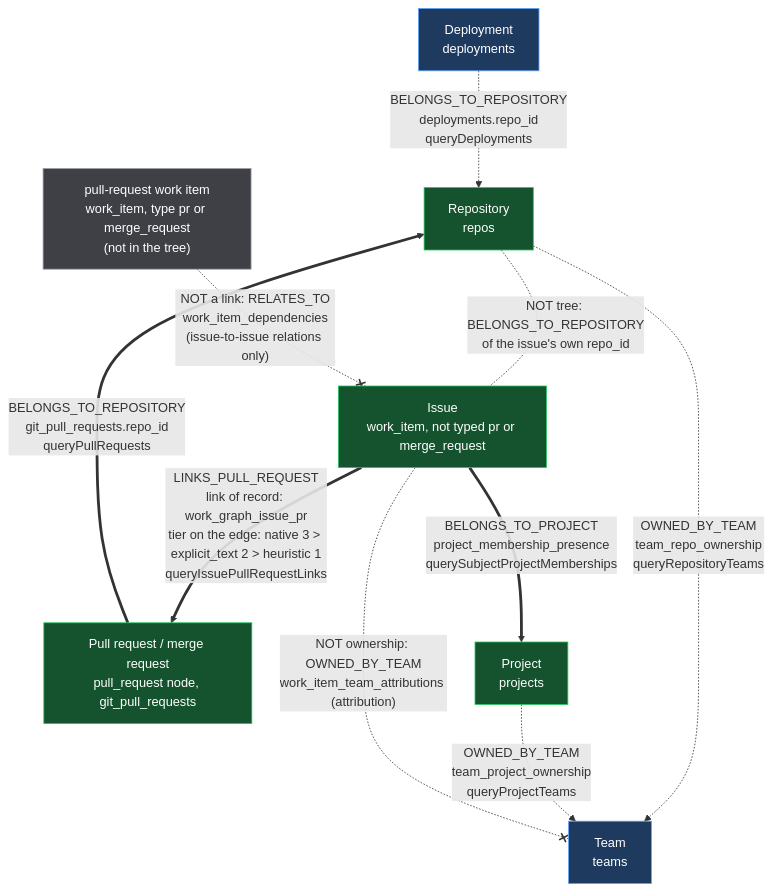
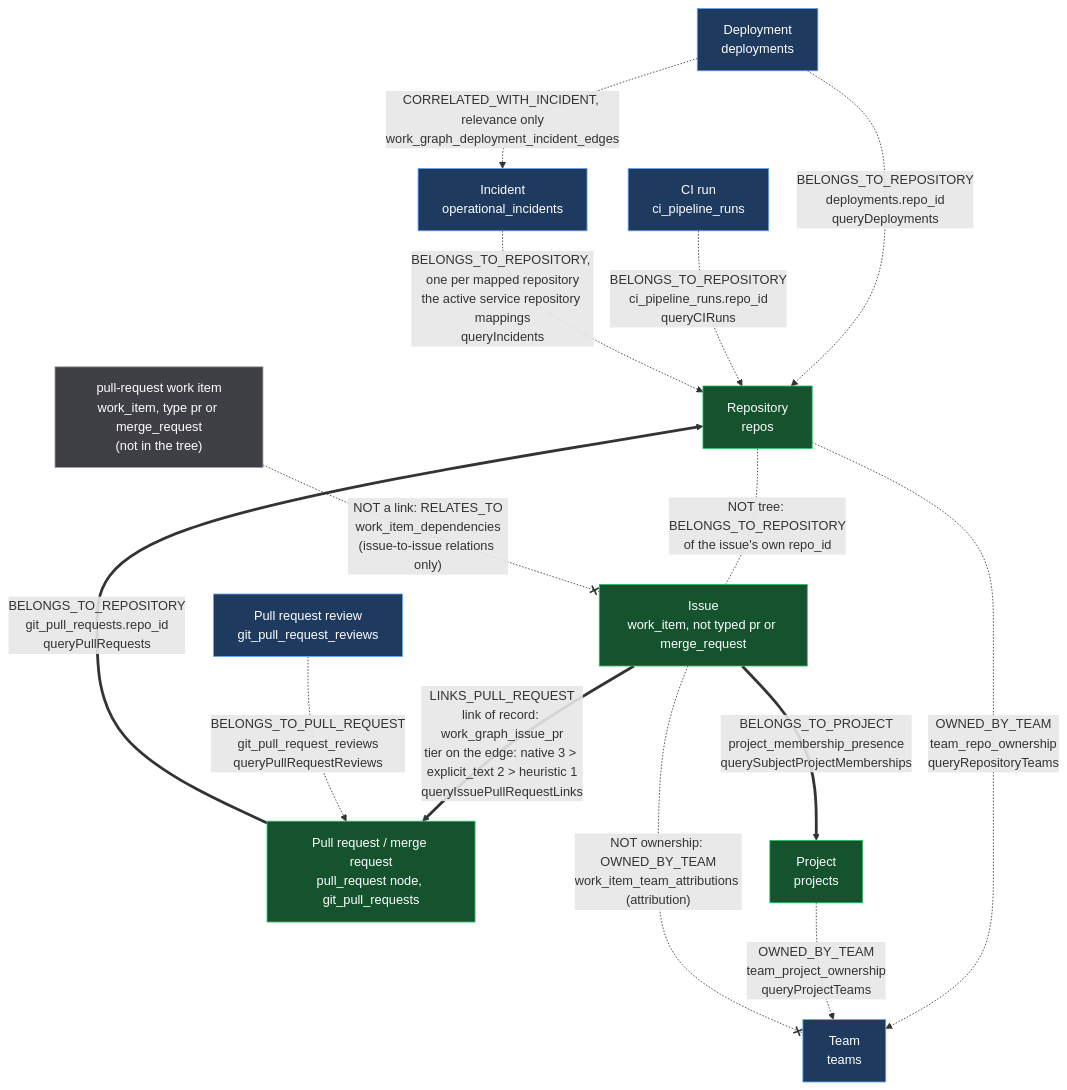
The third of 37 diagrams in docs/design/context-fabric-architecture-diagrams.md (full-chaos/dev-health-acr), drawn with Mermaid before and after one commit. The commit also changed other lines of this file and 3 other files, not shown here.

First line of the commit message:
fix(falkorgraph): CHAOS-12345 give reviews, CI runs, deployments and incidents their team reach

````diff
--- a/docs/design/context-fabric-architecture-diagrams.md
+++ b/docs/design/context-fabric-architecture-diagrams.md
@@ -461,27 +461,34 @@
 ```mermaid
 flowchart TB
   REPO["Repository<br/>repos"]
   PR["Pull request / merge request<br/>pull_request node, git_pull_requests"]
   ISSUE["Issue<br/>work_item, not typed pr or merge_request"]
   PROJ["Project<br/>projects"]
   TEAM["Team<br/>teams"]
   DEP["Deployment<br/>deployments"]
+  CIRUN["CI run<br/>ci_pipeline_runs"]
+  INC["Incident<br/>operational_incidents"]
+  PRREV["Pull request review<br/>git_pull_request_reviews"]
   PRW["pull-request work item<br/>work_item, type pr or merge_request<br/>(not in the tree)"]
 
   PR ==>|"BELONGS_TO_REPOSITORY<br/>git_pull_requests.repo_id<br/>queryPullRequests"| REPO
   ISSUE ==>|"LINKS_PULL_REQUEST<br/>link of record: work_graph_issue_pr<br/>tier on the edge: native 3 > explicit_text 2 > heuristic 1<br/>queryIssuePullRequestLinks"| PR
   ISSUE ==>|"BELONGS_TO_PROJECT<br/>project_membership_presence<br/>querySubjectProjectMemberships"| PROJ
   REPO -.->|"OWNED_BY_TEAM<br/>team_repo_ownership<br/>queryRepositoryTeams"| TEAM
   PROJ -.->|"OWNED_BY_TEAM<br/>team_project_ownership<br/>queryProjectTeams"| TEAM
   DEP -.->|"BELONGS_TO_REPOSITORY<br/>deployments.repo_id<br/>queryDeployments"| REPO
+  CIRUN -.->|"BELONGS_TO_REPOSITORY<br/>ci_pipeline_runs.repo_id<br/>queryCIRuns"| REPO
+  INC -.->|"BELONGS_TO_REPOSITORY, one per mapped repository<br/>the active service repository mappings<br/>queryIncidents"| REPO
+  DEP -.->|"CORRELATED_WITH_INCIDENT, relevance only<br/>work_graph_deployment_incident_edges"| INC
+  PRREV -.->|"BELONGS_TO_PULL_REQUEST<br/>git_pull_request_reviews<br/>queryPullRequestReviews"| PR
   REPO x-.-|"NOT tree: BELONGS_TO_REPOSITORY<br/>of the issue's own repo_id"| ISSUE
   ISSUE -.-x|"NOT ownership: OWNED_BY_TEAM<br/>work_item_team_attributions (attribution)"| TEAM
   PRW -.-x|"NOT a link: RELATES_TO<br/>work_item_dependencies<br/>(issue-to-issue relations only)"| ISSUE
 
   classDef tree fill:#14532d,stroke:#22c55e,color:#ffffff
   classDef leaf fill:#1e3a5f,stroke:#60a5fa,color:#ffffff
   classDef aside fill:#3f3f46,stroke:#a1a1aa,color:#ffffff
   class REPO,PR,ISSUE,PROJ tree
-  class TEAM,DEP leaf
+  class TEAM,DEP,CIRUN,INC,PRREV leaf
   class PRW aside
 ```
````
